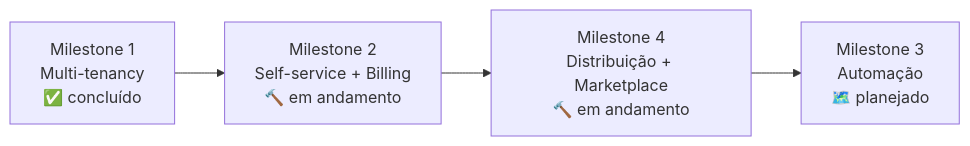
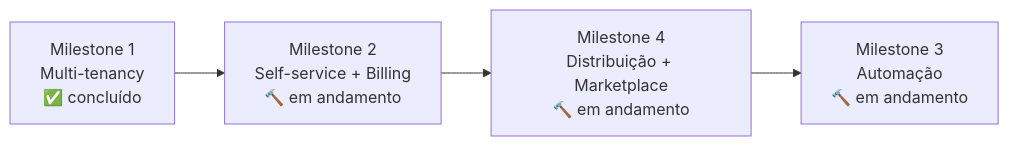
The diagram in docs/Roadmap.md (Synqo-Servicos/AutoStand), drawn with Mermaid before and after one commit. The commit also changed other lines of this file and 3 other files, not shown here.

````diff
--- a/docs/Roadmap.md
+++ b/docs/Roadmap.md
@@ -30,7 +30,7 @@
 ```mermaid
 graph LR
     M1[Milestone 1<br/>Multi-tenancy<br/>✅ concluído] --> M2[Milestone 2<br/>Self-service + Billing<br/>🔨 em andamento]
     M2 --> M4[Milestone 4<br/>Distribuição + Marketplace<br/>🔨 em andamento]
-    M4 --> M3[Milestone 3<br/>Automação<br/>🗺️ planejado]
+    M4 --> M3[Milestone 3<br/>Automação<br/>🔨 em andamento]
     class M1,M2,M3,M4 internal-link;
 ```
````
